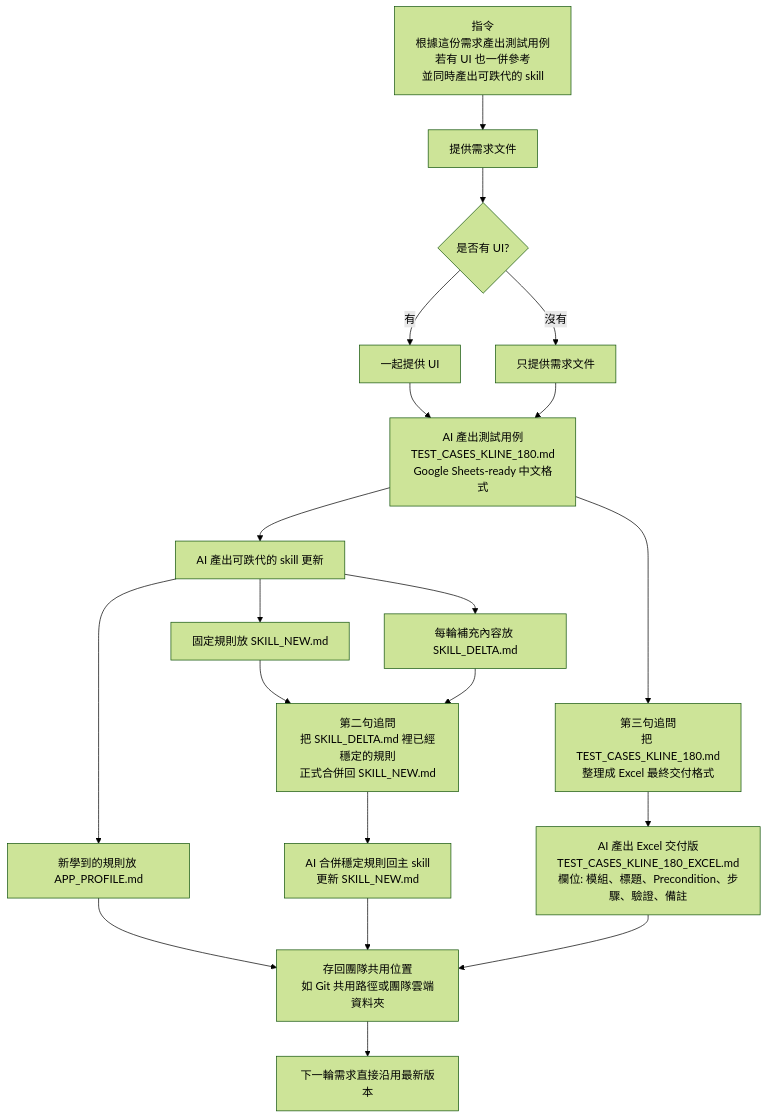
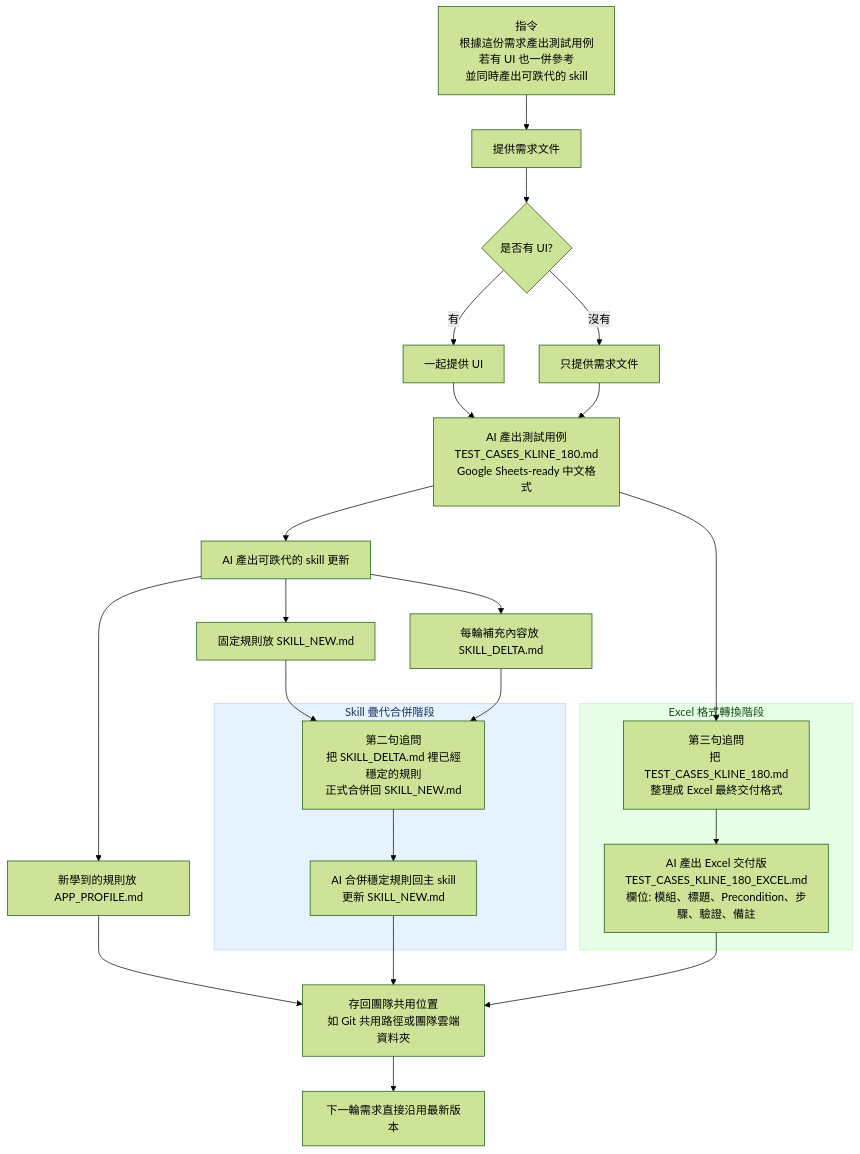
Before and after one commit to Jimmy-Kao/skills: the second of 2 diagrams in README.md, drawn with Mermaid (forest theme).

````diff
--- a/README.md
+++ b/README.md
@@ -83,39 +83,49 @@
 ```mermaid
 flowchart TD
 	A["指令<br/>根據這份需求產出測試用例<br/>若有 UI 也一併參考<br/>並同時產出可跌代的 skill"]
 	B["提供需求文件"]
 	C{"是否有 UI?"}
 	D["一起提供 UI"]
 	E["只提供需求文件"]
 	F["AI 產出測試用例<br/>TEST_CASES_KLINE_180.md<br/>Google Sheets-ready 中文格式"]
 	G["AI 產出可跌代的 skill 更新"]
 	H["固定規則放 SKILL_NEW.md"]
 	I["新學到的規則放 APP_PROFILE.md"]
 	J["每輪補充內容放 SKILL_DELTA.md"]
-	K["第二句追問<br/>把 SKILL_DELTA.md 裡已經穩定的規則<br/>正式合併回 SKILL_NEW.md"]
-	L["AI 合併穩定規則回主 skill<br/>更新 SKILL_NEW.md"]
-	M["第三句追問<br/>把 TEST_CASES_KLINE_180.md<br/>整理成 Excel 最終交付格式"]
-	N["AI 產出 Excel 交付版<br/>TEST_CASES_KLINE_180_EXCEL.md<br/>欄位: 模組、標題、Precondition、步驟、驗證、備註"]
+	
+	subgraph SEC_SKILL ["Skill 疊代合併階段"]
+		K["第二句追問<br/>把 SKILL_DELTA.md 裡已經穩定的規則<br/>正式合併回 SKILL_NEW.md"]
+		L["AI 合併穩定規則回主 skill<br/>更新 SKILL_NEW.md"]
+	end
+
+	subgraph SEC_EXCEL ["Excel 格式轉換階段"]
+		M["第三句追問<br/>把 TEST_CASES_KLINE_180.md<br/>整理成 Excel 最終交付格式"]
+		N["AI 產出 Excel 交付版<br/>TEST_CASES_KLINE_180_EXCEL.md<br/>欄位: 模組、標題、Precondition、步驟、驗證、備註"]
+	end
+
 	O["存回團隊共用位置<br/>如 Git 共用路徑或團隊雲端資料夾"]
 	P["下一輪需求直接沿用最新版本"]
 
 	A --> B
 	B --> C
 	C -- 有 --> D
 	C -- 沒有 --> E
 	D --> F
 	E --> F
 	F --> G
 	G --> H
 	G --> I
 	G --> J
 	H --> K
 	I --> O
 	J --> K
 	K --> L
 	F --> M
 	M --> N
 	L --> O
 	N --> O
 	O --> P
+
+	style SEC_SKILL fill:#e6f3ff,stroke:#b3d8ff,stroke-width:1px,color:#1a365d
+	style SEC_EXCEL fill:#e6ffe6,stroke:#b3ffb3,stroke-width:1px,color:#1b4d1b
 ```
````
